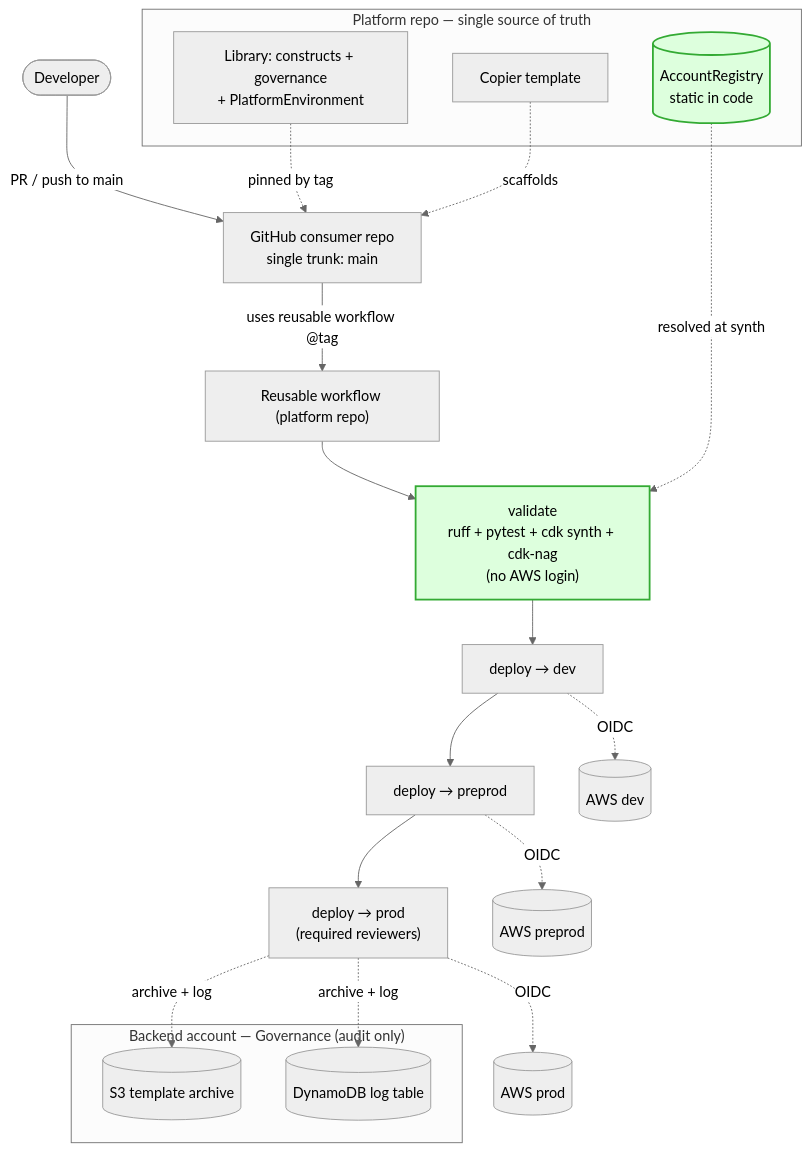
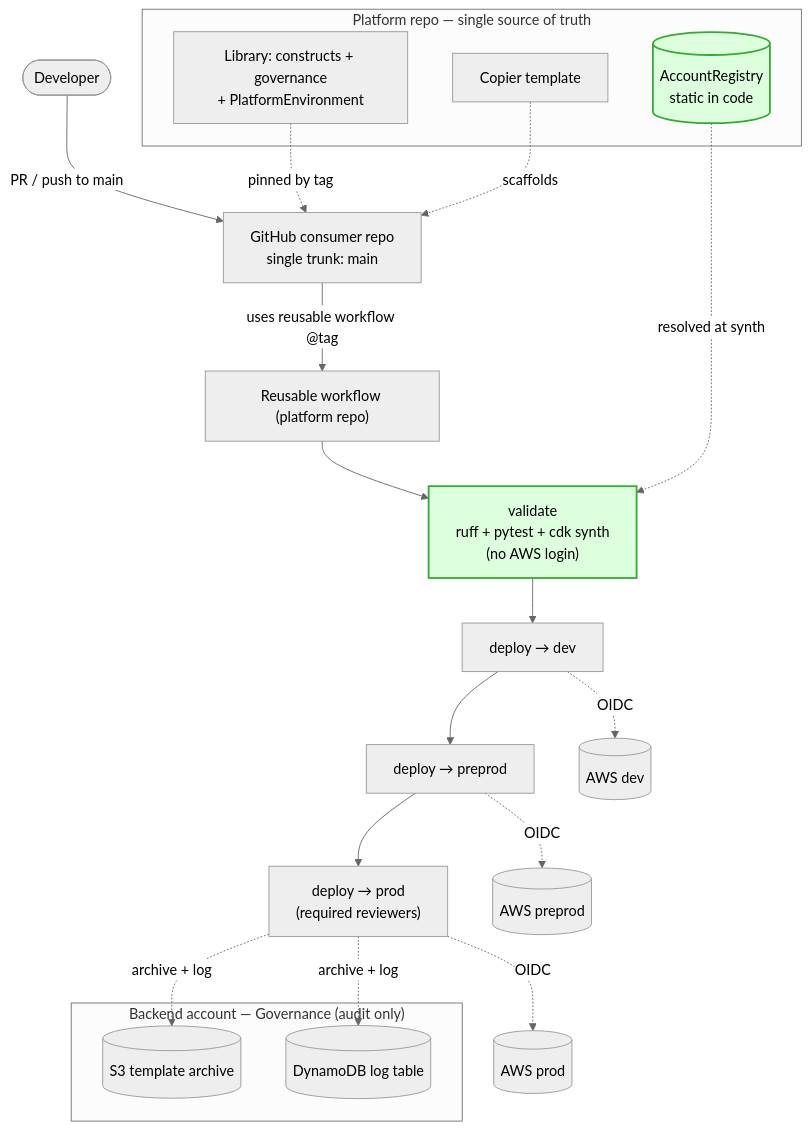
The second of 10 diagrams in docs/architecture.md (michaelfecher/paved-cdk), drawn with Mermaid (neutral theme) before and after one commit. The commit also changed other lines of this file and 23 other files, not shown here.

Commit message:
chore: remove cdk-nag (code, deps, pipeline, docs); keep boundary/tags/encryption guardrails (ADR 0005 amended)

````diff
--- a/docs/architecture.md
+++ b/docs/architecture.md
@@ -93,31 +93,31 @@
 ```mermaid
 flowchart TB
   DEV([Developer]) -->|"PR / push to main"| REPO["GitHub consumer repo<br/>single trunk: main"]
   REPO -->|"uses reusable workflow @tag"| RW["Reusable workflow (platform repo)"]
 
   subgraph platform["Platform repo — single source of truth"]
     LIB["Library: constructs + governance<br/>+ PlatformEnvironment"]
     REG[(AccountRegistry<br/>static in code)]
     TPL["Copier template"]
   end
 
-  RW --> VAL["validate<br/>ruff + pytest + cdk synth + cdk-nag<br/>(no AWS login)"]
+  RW --> VAL["validate<br/>ruff + pytest + cdk synth<br/>(no AWS login)"]
   VAL --> DEVS["deploy → dev"] --> TESTS["deploy → preprod"] --> PRODS["deploy → prod<br/>(required reviewers)"]
 
   REG -.resolved at synth.-> VAL
   LIB -.pinned by tag.-> REPO
   TPL -.scaffolds.-> REPO
 
   DEVS -.OIDC.-> ADEV[(AWS dev)]
   TESTS -.OIDC.-> ATEST[(AWS preprod)]
   PRODS -.OIDC.-> APROD[(AWS prod)]
 
   subgraph govt["Backend account — Governance (audit only)"]
     ARCH[(S3 template archive)]
     LOGDB[(DynamoDB log table)]
   end
   PRODS -.archive + log.-> ARCH & LOGDB
 
   classDef good fill:#dfd,stroke:#3a3,stroke-width:2px
   class REG,VAL good
 ```
````
